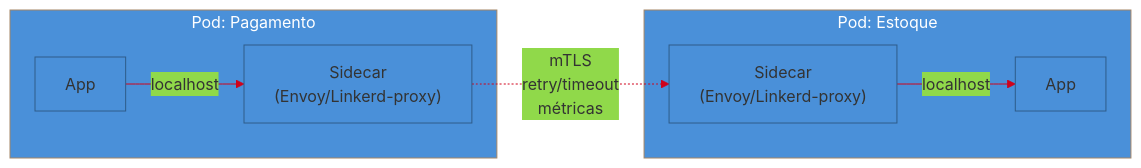
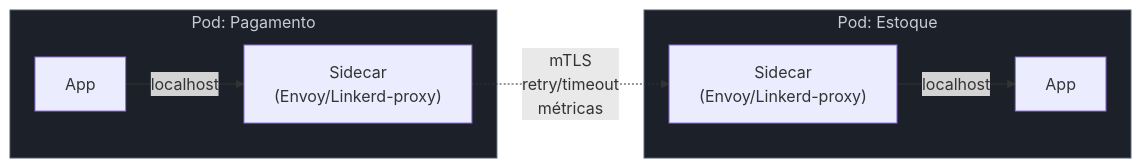
The third of 3 diagrams in 03-Dominios/Engenharia/Operação/3 - Rodar em produção/05 - Rede e borda em produção.md (josenaldo/codex-technomanticus), drawn with Mermaid before and after one commit. The commit also changed other lines of this file and 1181 other files, not shown here.

First line of the commit message:
fix(diagramas): paleta do sistema no lugar de cor cravada no markdown

````diff
--- a/03-Dominios/Engenharia/Operação/3 - Rodar em produção/05 - Rede e borda em produção.md
+++ b/03-Dominios/Engenharia/Operação/3 - Rodar em produção/05 - Rede e borda em produção.md
@@ -154,14 +154,14 @@
 ```mermaid
-%%{init: {"theme": "base", "themeVariables": {"primaryColor": "#4A90D9", "primaryBorderColor": "#2E5C8A", "lineColor": "#D0021B"}}}%%
 graph LR
+    classDef neutro fill:#1B2029,stroke:#4E5666,color:#C6CCD8
     subgraph PodA["Pod: Pagamento"]
         AppA["App"] -->|"localhost"| SideA["Sidecar<br/>(Envoy/Linkerd-proxy)"]
     end
     subgraph PodB["Pod: Estoque"]
         SideB["Sidecar<br/>(Envoy/Linkerd-proxy)"] -->|"localhost"| AppB["App"]
     end
     SideA -.->|"mTLS<br/>retry/timeout<br/>métricas"| SideB
 
-    style PodA fill:#4A90D9,color:#fff
-    style PodB fill:#4A90D9,color:#fff
+    class PodA neutro
+    class PodB neutro
 ```
````
